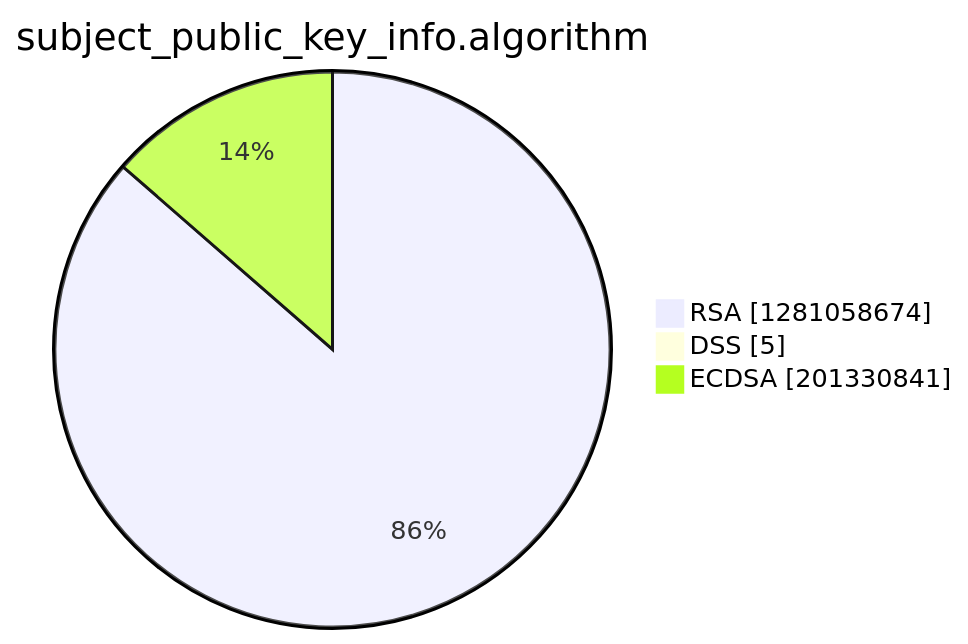
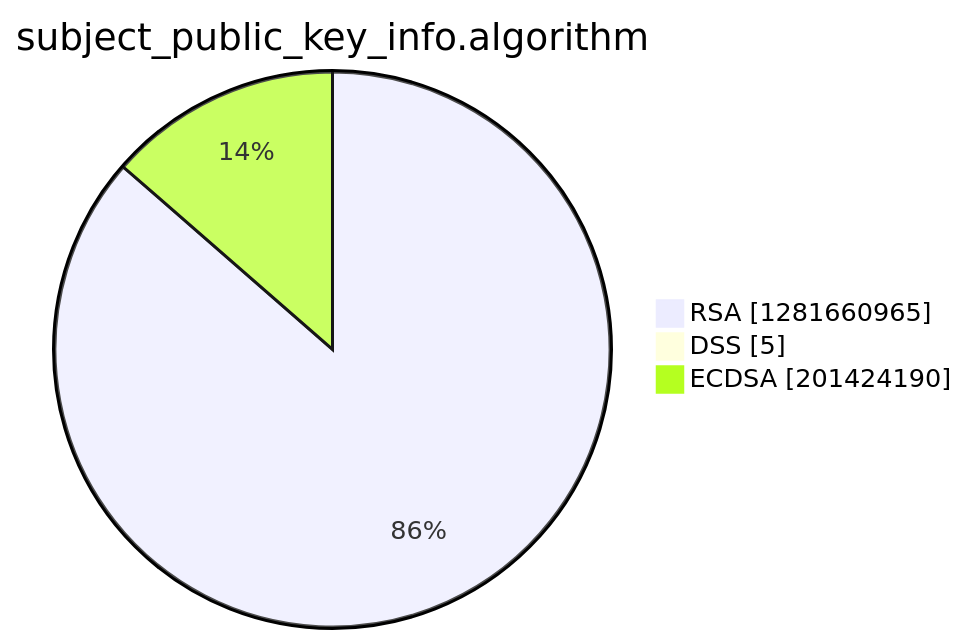
Before and after one commit to christiankrug/ctmonitor_visualization: the third of 15 diagrams in argon2022/README.md, drawn with Mermaid. The commit also changed other lines of this file, not shown here.

````diff
--- a/argon2022/README.md
+++ b/argon2022/README.md
@@ -14,7 +14,7 @@
 ```mermaid
 pie showData
 title subject_public_key_info.algorithm
-"RSA" :1281058674
+"RSA" :1281660965
 "DSS" :5
-"ECDSA" :201330841
+"ECDSA" :201424190
 ```
````
